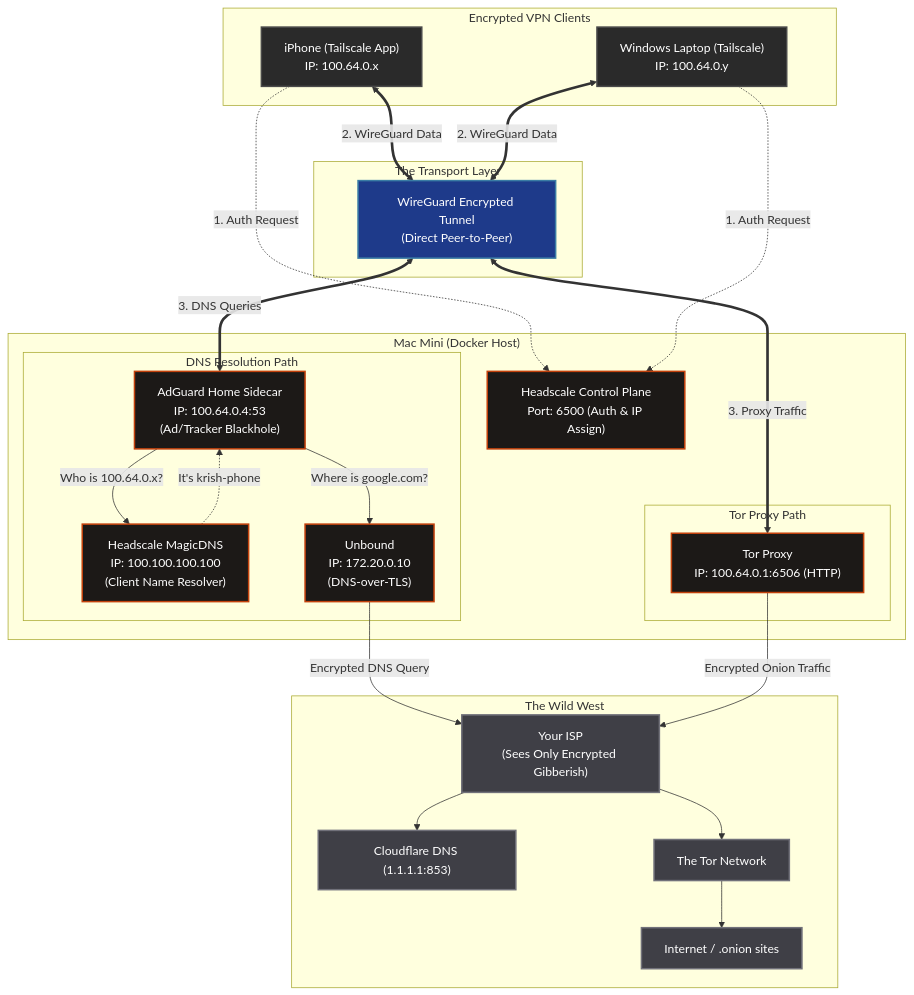
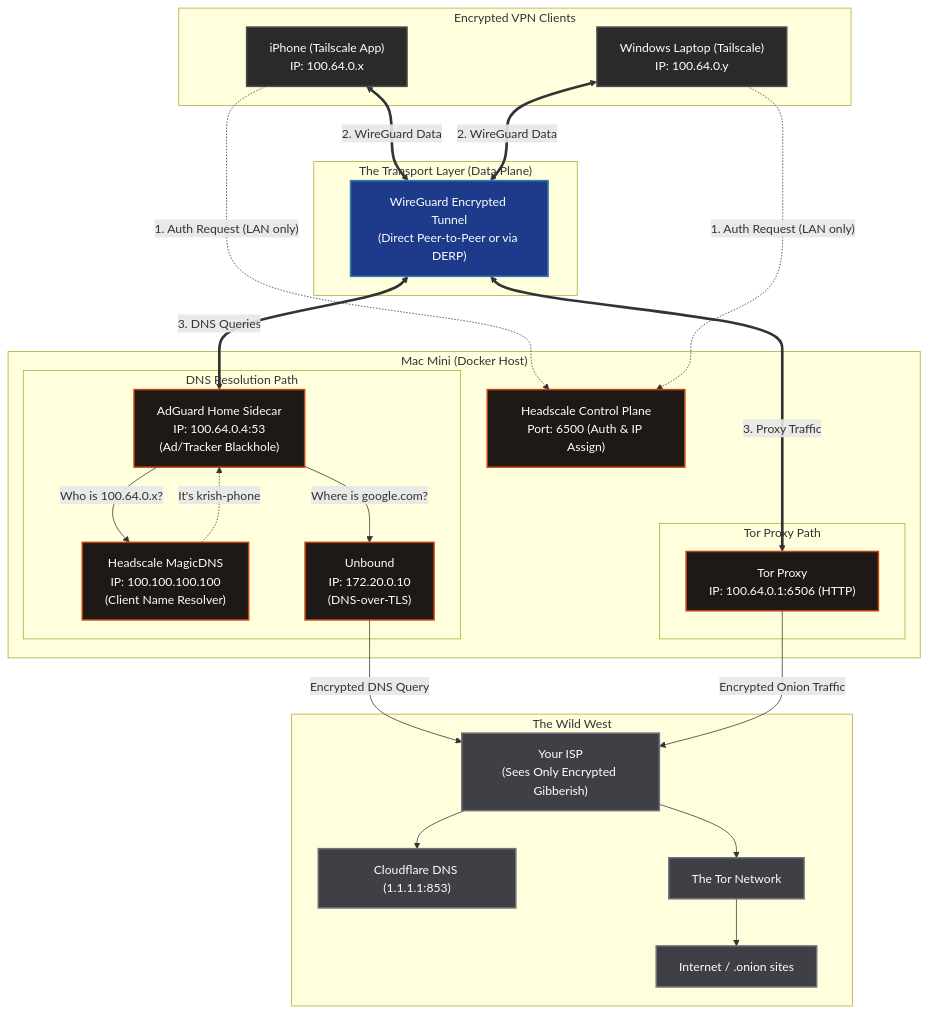
The diagram in README.md (PoisedDok/emergent), drawn with Mermaid before and after one commit. The commit also changed other lines of this file, not shown here.

Commit message:
docs: clarify Control Plane vs Data Plane architecture and Always-On rule

````diff
--- a/README.md
+++ b/README.md
@@ -13,62 +13,62 @@
 ```mermaid
 flowchart TD
     %% Define Styles
     classDef client fill:#2a2a2a,stroke:#4a4a4a,stroke-width:2px,color:#fff
     classDef wireguard fill:#1e3a8a,stroke:#3a7ca5,stroke-width:2px,color:#fff
     classDef container fill:#1c1917,stroke:#c2410c,stroke-width:2px,color:#fff
     classDef external fill:#3f3f46,stroke:#71717a,stroke-width:2px,color:#fff
 
     subgraph Clients ["Encrypted VPN Clients"]
         phone["iPhone (Tailscale App)\nIP: 100.64.0.x"]:::client
         laptop["Windows Laptop (Tailscale)\nIP: 100.64.0.y"]:::client
     end
 
-    subgraph Tunnel ["The Transport Layer"]
-        wg["WireGuard Encrypted Tunnel\n(Direct Peer-to-Peer)"]:::wireguard
+    subgraph Tunnel ["The Transport Layer (Data Plane)"]
+        wg["WireGuard Encrypted Tunnel\n(Direct Peer-to-Peer or via DERP)"]:::wireguard
     end
 
     subgraph Server ["Mac Mini (Docker Host)"]
         hs["Headscale Control Plane\nPort: 6500 (Auth & IP Assign)"]:::container
         
         subgraph DNS_Flow ["DNS Resolution Path"]
             ag["AdGuard Home Sidecar\nIP: 100.64.0.4:53\n(Ad/Tracker Blackhole)"]:::container
             mdns["Headscale MagicDNS\nIP: 100.100.100.100\n(Client Name Resolver)"]:::container
             un["Unbound\nIP: 172.20.0.10\n(DNS-over-TLS)"]:::container
         end
 
         subgraph Proxy_Flow ["Tor Proxy Path"]
             tor["Tor Proxy\nIP: 100.64.0.1:6506 (HTTP)"]:::container
         end
     end
 
     subgraph External ["The Wild West"]
         isp["Your ISP\n(Sees Only Encrypted Gibberish)"]:::external
         cf["Cloudflare DNS (1.1.1.1:853)"]:::external
         tornet["The Tor Network"]:::external
         web["Internet / .onion sites"]:::external
     end
 
     %% Auth Flow
-    phone -.->|"1. Auth Request"| hs
-    laptop -.->|"1. Auth Request"| hs
+    phone -.->|"1. Auth Request (LAN only)"| hs
+    laptop -.->|"1. Auth Request (LAN only)"| hs
 
     %% Data Flow
     phone <==>|"2. WireGuard Data"| wg
     laptop <==>|"2. WireGuard Data"| wg
     
     wg <==>|"3. DNS Queries"| ag
     wg <==>|"3. Proxy Traffic"| tor
 
     %% Internal DNS Logic
     ag -->|"Who is 100.64.0.x?"| mdns
     mdns -.->|"It's krish-phone"| ag
     ag -->|"Where is google.com?"| un
 
     %% Outbound
     un -->|"Encrypted DNS Query"| isp
     tor -->|"Encrypted Onion Traffic"| isp
     
     isp -->cf
     isp -->tornet
     tornet -->web
 ```
````
